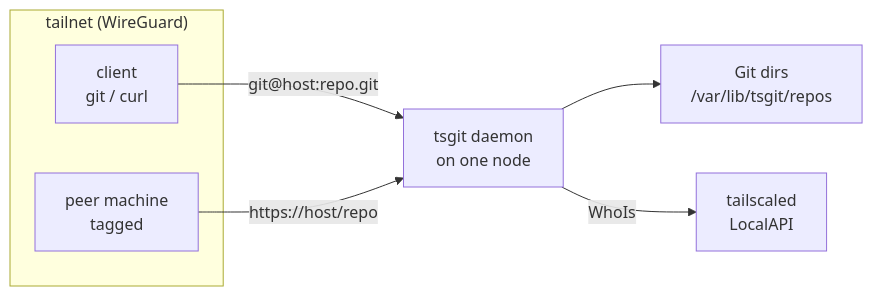
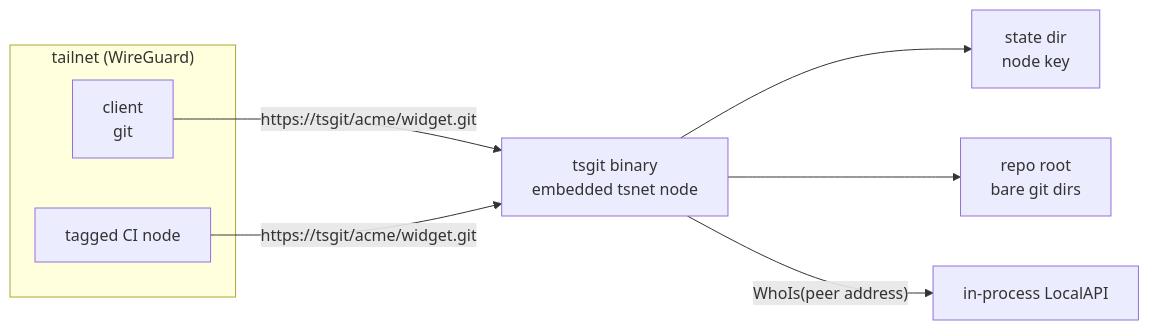
The diagram in docs/architecture.md (kevindurb/tsgit), drawn with Mermaid before and after one commit. The commit also changed other lines of this file and 27 other files, not shown here.

````diff
--- a/docs/architecture.md
+++ b/docs/architecture.md
@@ -10,14 +13,16 @@
 ```mermaid
 flowchart LR
     subgraph tailnet["tailnet (WireGuard)"]
-        client["client<br/>git / curl"]
-        peer["peer machine<br/>tagged"]
+        client["client<br/>git"]
+        tagged["tagged CI node"]
     end
-    tsgit["tsgit daemon<br/>on one node"]
-    disk["Git dirs<br/>/var/lib/tsgit/repos"]
+    tsgit["tsgit binary<br/>embedded tsnet node"]
+    state["state dir<br/>node key"]
+    repos["repo root<br/>bare git dirs"]
 
-    client -- "git@host:repo.git" --> tsgit
-    peer -- "https://host/repo" --> tsgit
-    tsgit --> disk
-    tsgit -- "WhoIs" --> localapi["tailscaled<br/>LocalAPI"]
+    client -- "https://tsgit/acme/widget.git" --> tsgit
+    tagged -- "https://tsgit/acme/widget.git" --> tsgit
+    tsgit --> state
+    tsgit --> repos
+    tsgit -- "WhoIs(peer address)" --> localapi["in-process LocalAPI"]
 ```
````
